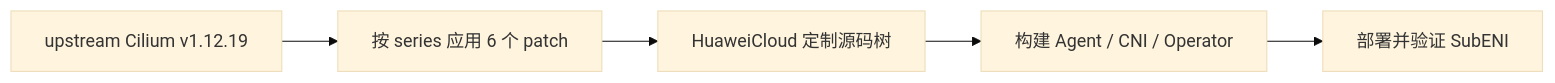
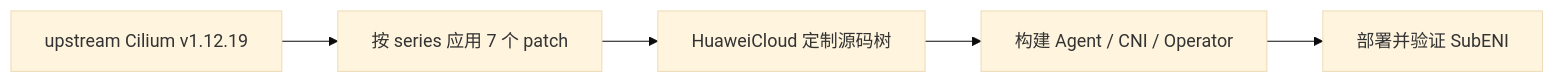
The diagram in README.md (lchany/huawei-cilium-plug), drawn with Mermaid (base theme) before and after one commit. The commit also changed other lines of this file and 3 other files, not shown here.

````diff
--- a/README.md
+++ b/README.md
@@ -72,10 +81,10 @@
 ```mermaid
 flowchart LR
     base["upstream Cilium v1.12.19"]
-    patches["按 series 应用 6 个 patch"]
+    patches["按 series 应用 7 个 patch"]
     source["HuaweiCloud 定制源码树"]
     build["构建 Agent / CNI / Operator"]
     deploy["部署并验证 SubENI"]
 
     base --> patches --> source --> build --> deploy
 ```
````
